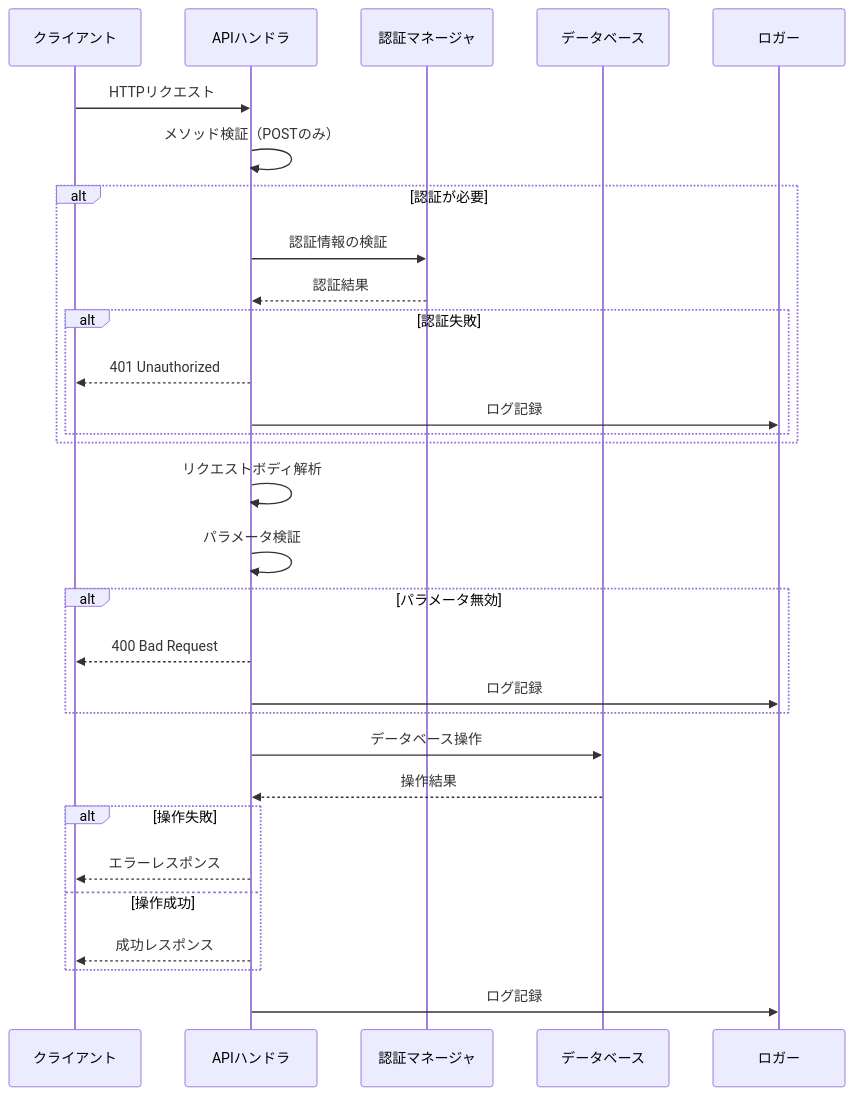
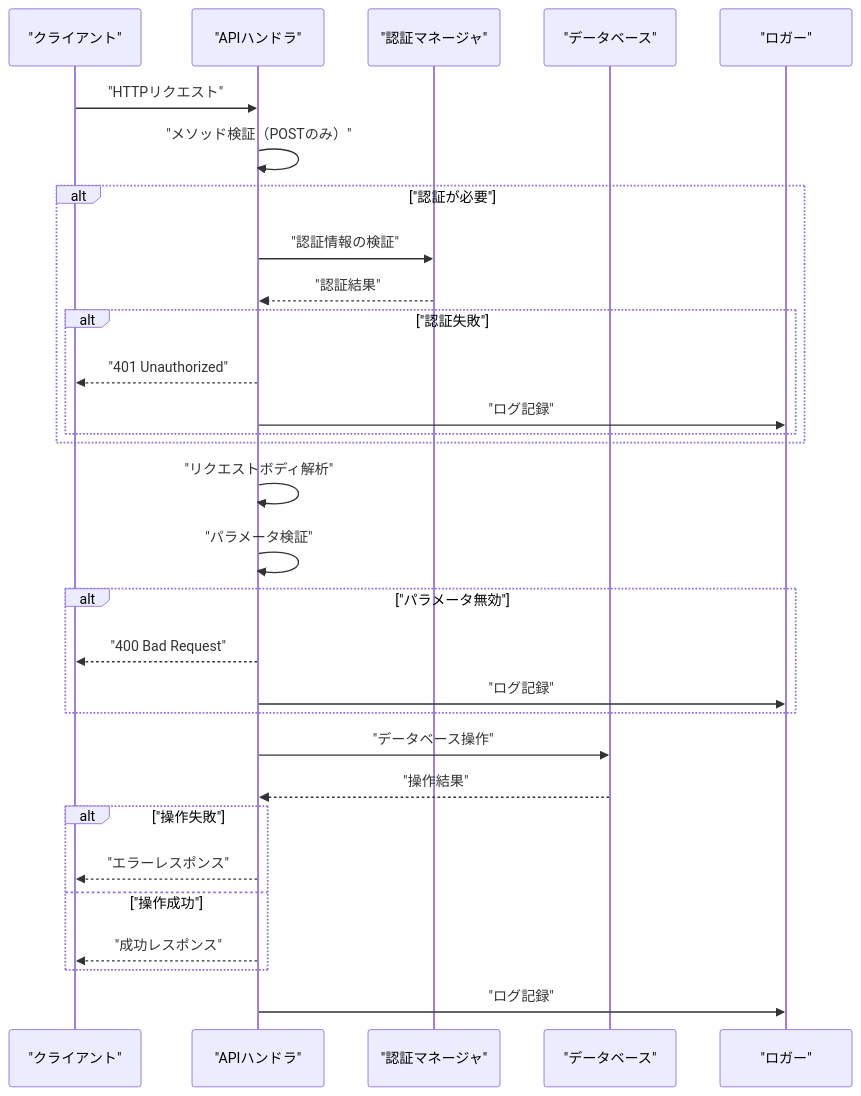
Before and after one commit to ssig33/fuckbase: the fourth of 5 diagrams in textbooks/05_http_server_and_api.md, drawn with Mermaid. The commit also changed other lines of this file and 6 other files, not shown here.

Commit message:
Fix Mermaid diagrams by properly enclosing Japanese text in double quotes to prevent control character misinterpretation

````diff
--- a/textbooks/05_http_server_and_api.md
+++ b/textbooks/05_http_server_and_api.md
@@ -97,40 +97,40 @@
 ```mermaid
 sequenceDiagram
-    participant Client as クライアント
-    participant Handler as APIハンドラ
-    participant Auth as 認証マネージャ
-    participant DB as データベース
-    participant Logger as ロガー
+    participant Client as "クライアント"
+    participant Handler as "APIハンドラ"
+    participant Auth as "認証マネージャ"
+    participant DB as "データベース"
+    participant Logger as "ロガー"
     
-    Client->>Handler: HTTPリクエスト
-    Handler->>Handler: メソッド検証（POSTのみ）
+    Client->>Handler: "HTTPリクエスト"
+    Handler->>Handler: "メソッド検証（POSTのみ）"
     
-    alt 認証が必要
-        Handler->>Auth: 認証情報の検証
-        Auth-->>Handler: 認証結果
+    alt "認証が必要"
+        Handler->>Auth: "認証情報の検証"
+        Auth-->>Handler: "認証結果"
         
-        alt 認証失敗
-            Handler-->>Client: 401 Unauthorized
-            Handler->>Logger: ログ記録
+        alt "認証失敗"
+            Handler-->>Client: "401 Unauthorized"
+            Handler->>Logger: "ログ記録"
         end
     end
     
-    Handler->>Handler: リクエストボディ解析
-    Handler->>Handler: パラメータ検証
+    Handler->>Handler: "リクエストボディ解析"
+    Handler->>Handler: "パラメータ検証"
     
-    alt パラメータ無効
-        Handler-->>Client: 400 Bad Request
-        Handler->>Logger: ログ記録
+    alt "パラメータ無効"
+        Handler-->>Client: "400 Bad Request"
+        Handler->>Logger: "ログ記録"
     end
     
-    Handler->>DB: データベース操作
-    DB-->>Handler: 操作結果
+    Handler->>DB: "データベース操作"
+    DB-->>Handler: "操作結果"
     
-    alt 操作失敗
-        Handler-->>Client: エラーレスポンス
-    else 操作成功
-        Handler-->>Client: 成功レスポンス
+    alt "操作失敗"
+        Handler-->>Client: "エラーレスポンス"
+    else "操作成功"
+        Handler-->>Client: "成功レスポンス"
     end
     
-    Handler->>Logger: ログ記録
+    Handler->>Logger: "ログ記録"
 ```
````
